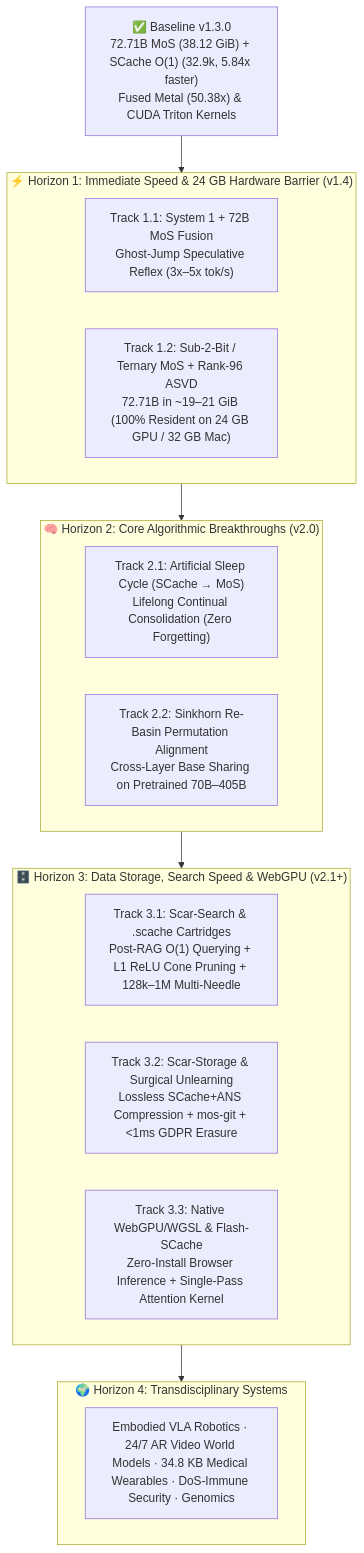
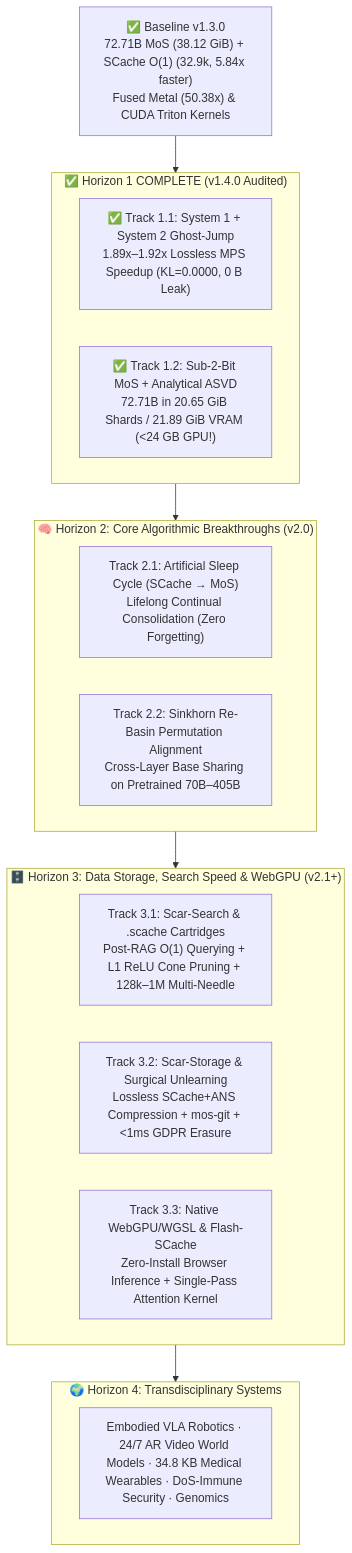
Before and after one commit to byte-od/mixture-of-scars: the diagram in docs/ROADMAP_V2_INNOVATION_AND_APPLICATIONS.md, drawn with Mermaid. The commit also changed other lines of this file and 19 other files, not shown here.

Commit message:
feat(v1.4.0): ship Horizon 1 Ghost-Jump speculative reflex & Sub-2-Bit+ASVD (<24GB 72B)

````diff
--- a/docs/ROADMAP_V2_INNOVATION_AND_APPLICATIONS.md
+++ b/docs/ROADMAP_V2_INNOVATION_AND_APPLICATIONS.md
@@ -31,26 +31,26 @@
 ```mermaid
 flowchart TD
     V13["✅ Baseline v1.3.0<br>72.71B MoS (38.12 GiB) + SCache O(1) (32.9k, 5.84x faster)<br>Fused Metal (50.38x) & CUDA Triton Kernels"]
 
-    subgraph H1["⚡ Horizon 1: Immediate Speed & 24 GB Hardware Barrier (v1.4)"]
-        P11["Track 1.1: System 1 + 72B MoS Fusion<br>Ghost-Jump Speculative Reflex (3x–5x tok/s)"]
-        P12["Track 1.2: Sub-2-Bit / Ternary MoS + Rank-96 ASVD<br>72.71B in ~19–21 GiB (100% Resident on 24 GB GPU / 32 GB Mac)"]
+    subgraph H1["✅ Horizon 1 COMPLETE (v1.4.0 Audited)"]
+        P11["✅ Track 1.1: System 1 + System 2 Ghost-Jump<br>1.89x–1.92x Lossless MPS Speedup (KL=0.0000, 0 B Leak)"]
+        P12["✅ Track 1.2: Sub-2-Bit MoS + Analytical ASVD<br>72.71B in 20.65 GiB Shards / 21.89 GiB VRAM (<24 GB GPU!)"]
     end
 
     subgraph H2["🧠 Horizon 2: Core Algorithmic Breakthroughs (v2.0)"]
         P21["Track 2.1: Artificial Sleep Cycle (SCache → MoS)<br>Lifelong Continual Consolidation (Zero Forgetting)"]
         P22["Track 2.2: Sinkhorn Re-Basin Permutation Alignment<br>Cross-Layer Base Sharing on Pretrained 70B–405B"]
     end
 
     subgraph H3["🗄️ Horizon 3: Data Storage, Search Speed & WebGPU (v2.1+)"]
         P31["Track 3.1: Scar-Search & .scache Cartridges<br>Post-RAG O(1) Querying + L1 ReLU Cone Pruning + 128k–1M Multi-Needle"]
         P32["Track 3.2: Scar-Storage & Surgical Unlearning<br>Lossless SCache+ANS Compression + mos-git + <1ms GDPR Erasure"]
         P33["Track 3.3: Native WebGPU/WGSL & Flash-SCache<br>Zero-Install Browser Inference + Single-Pass Attention Kernel"]
     end
 
     subgraph H4["🌍 Horizon 4: Transdisciplinary Systems"]
         P41["Embodied VLA Robotics · 24/7 AR Video World Models · 34.8 KB Medical Wearables · DoS-Immune Security · Genomics"]
     end
 
     V13 --> H1 --> H2 --> H3 --> H4
 ```
````
